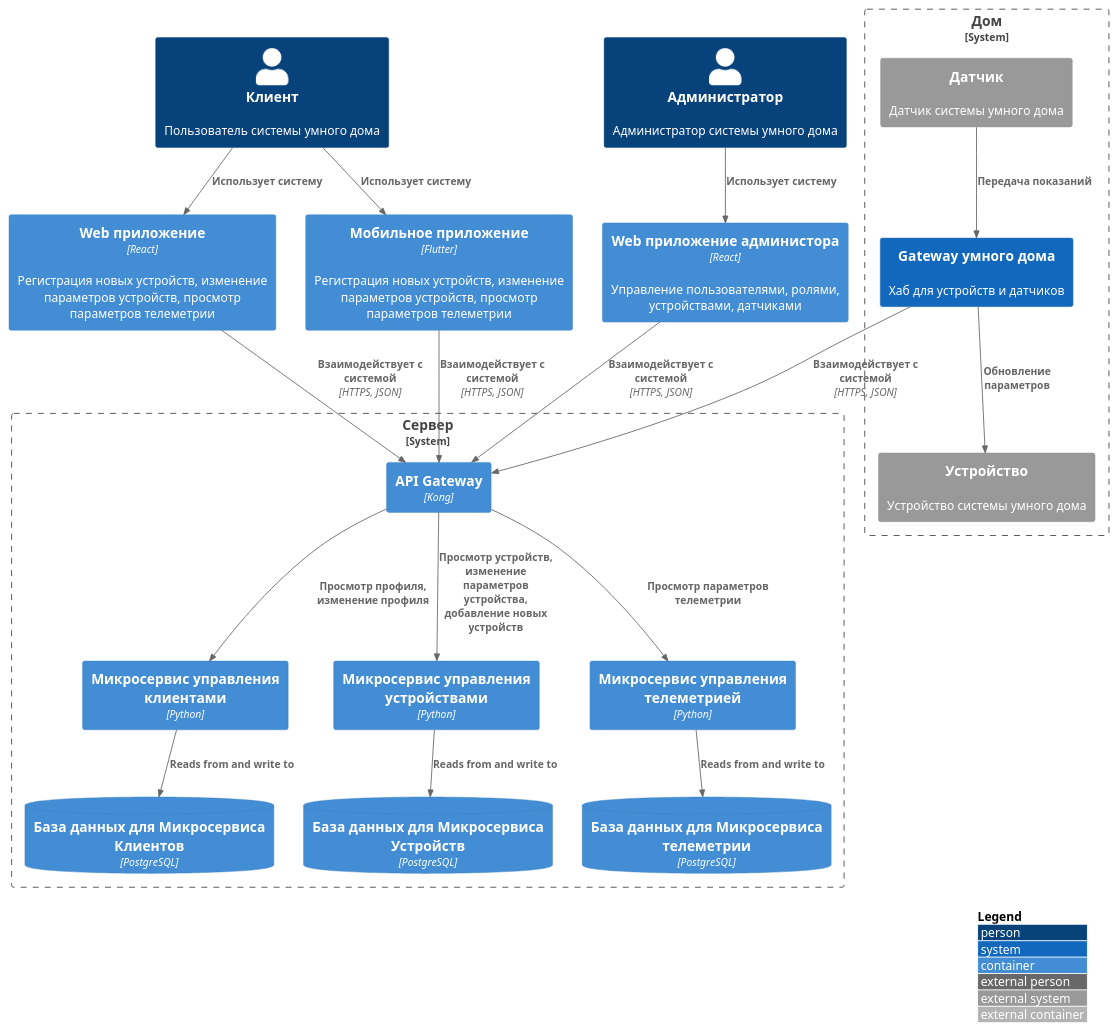
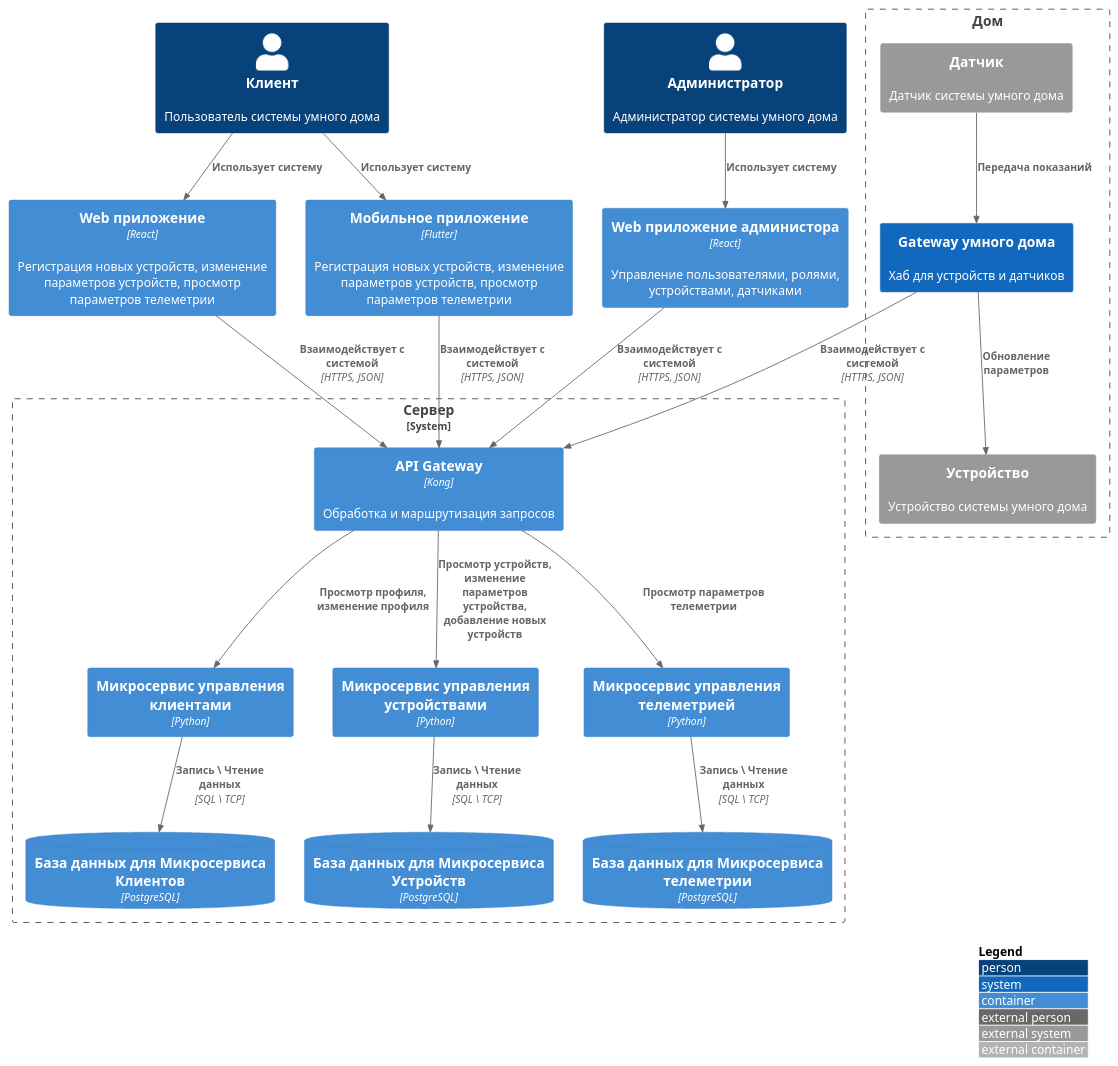
The diagram in docs/docs/containers/containers.puml (fireflysmk/architecture-sprint-3), drawn with PlantUML before and after one commit.

Commit message:
Изменение в диаграммe контейнера

```diff
--- a/docs/docs/containers/containers.puml
+++ b/docs/docs/containers/containers.puml
@@ -1,52 +1,52 @@
 @startuml
 !include https://raw.githubusercontent.com/plantuml-stdlib/C4-PlantUML/master/C4_Container.puml
 
 skinparam wrapWidth 300
 LAYOUT_WITH_LEGEND()
 
 
 Person(user, "Клиент", "Пользователь системы умного дома")
 Person(admin, "Администратор", "Администратор системы умного дома")
 
-System_Boundary(home, "Дом") {
-System_Ext(device, "Устройство", "Устройство системы умного дома")
-System_Ext(sensor, "Датчик", "Датчик системы умного дома")
-System(hub, "Gateway умного дома", "Хаб для устройств и датчиков")
+Boundary(home, "Дом") {
+    System_Ext(device, "Устройство", "Устройство системы умного дома")
+    System_Ext(sensor, "Датчик", "Датчик системы умного дома")
+    System(hub, "Gateway умного дома", "Хаб для устройств и датчиков")
 }
 
 Container(web, "Web приложение", "React", "Регистрация новых устройств, изменение параметров устройств, просмотр параметров телеметрии")
 Container(mobileApp, "Мобильное приложение", "Flutter", "Регистрация новых устройств, изменение параметров устройств, просмотр параметров телеметрии")
 Container(webAdmin, "Web приложение администора", "React", "Управление пользователями, ролями, устройствами, датчиками")
 
 System_Boundary(system, "Сервер") {
     Container(users, "Микросервис управления клиентами", "Python")
     Container(devices, "Микросервис управления устройствами", "Python")
     Container(telemetry, "Микросервис управления телеметрией", "Python")
-    Container(gateway, "API Gateway", "Kong")
+    Container(gateway, "API Gateway", "Kong", "Обработка и маршрутизация запросов")
     ContainerDb(db_users, "База данных для Микросервиса Клиентов", "PostgreSQL")
     ContainerDb(db_devices, "База данных для Микросервиса Устройств", "PostgreSQL")
     ContainerDb(db_telemetry, "База данных для Микросервиса телеметрии", "PostgreSQL")
 }
 
-Rel(users, db_users, "Reads from and write to")
-Rel(devices, db_devices, "Reads from and write to")
-Rel(telemetry, db_telemetry, "Reads from and write to")
+Rel(users, db_users, "Запись \ Чтение данных", "SQL \ TCP")
+Rel(devices, db_devices, "Запись \ Чтение данных" , "SQL \ TCP")
+Rel(telemetry, db_telemetry, "Запись \ Чтение данных" , "SQL \ TCP")
 
 Rel(user, web, "Использует систему")
 Rel(user, mobileApp, "Использует систему")
 Rel(admin, webAdmin, "Использует систему")
 
 Rel(web, gateway, "Взаимодействует с системой", "HTTPS, JSON")
 Rel(mobileApp, gateway, "Взаимодействует с системой", "HTTPS, JSON")
 Rel(webAdmin, gateway, "Взаимодействует с системой", "HTTPS, JSON")
 
 Rel(gateway, users, "Просмотр профиля, изменение профиля")
 Rel(gateway, devices, "Просмотр устройств, изменение параметров устройства, добавление новых устройств")
 Rel(gateway, telemetry, "Просмотр параметров телеметрии")
 
 Rel(hub, device, "Обновление параметров")
 Rel(sensor, hub, "Передача показаний")
 Rel(hub, gateway, "Взаимодействует с системой", "HTTPS, JSON")
 
 
 @enduml
```
